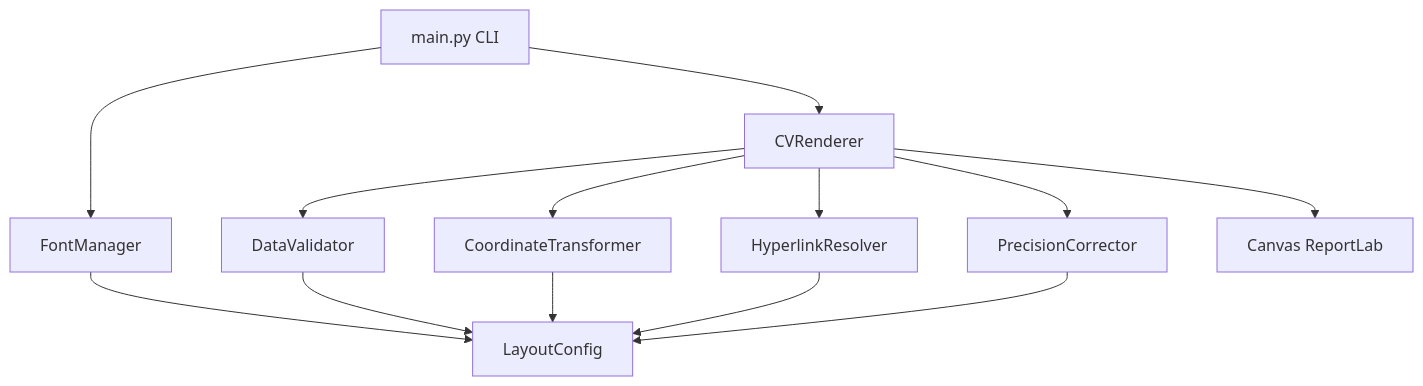
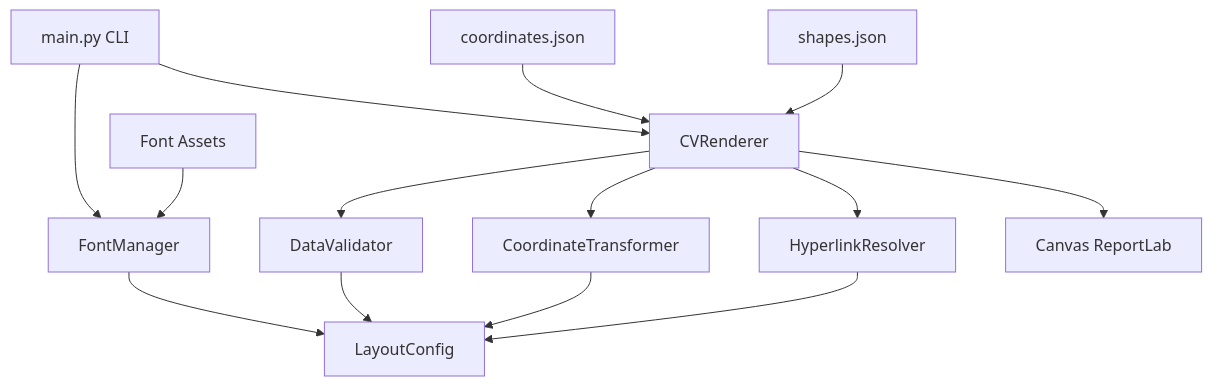
One commit to nicolasfredesfranco/CV_2 changed the diagram in README.md. Above: the diagram before and after it, drawn with Mermaid. The commit also changed other lines of this file and 4 other files, not shown here.

````diff
--- a/README.md
+++ b/README.md
@@ -101,16 +134,18 @@
 ```mermaid
 graph TD
     A[main.py CLI] --> B[FontManager]
     A --> C[CVRenderer]
     C --> D[DataValidator]
     C --> E[CoordinateTransformer]
     C --> F[HyperlinkResolver]
-    C --> G[PrecisionCorrector]
-    C --> H[Canvas ReportLab]
+    C --> G[Canvas ReportLab]
     
-    B --> I[LayoutConfig]
-    D --> I
-    E --> I
-    F --> I
-    G --> I
+    B --> H[LayoutConfig]
+    D --> H
+    E --> H
+    F --> H
+    
+    I[coordinates.json] --> C
+    J[shapes.json] --> C
+    K[Font Assets] --> B
 ```
````
